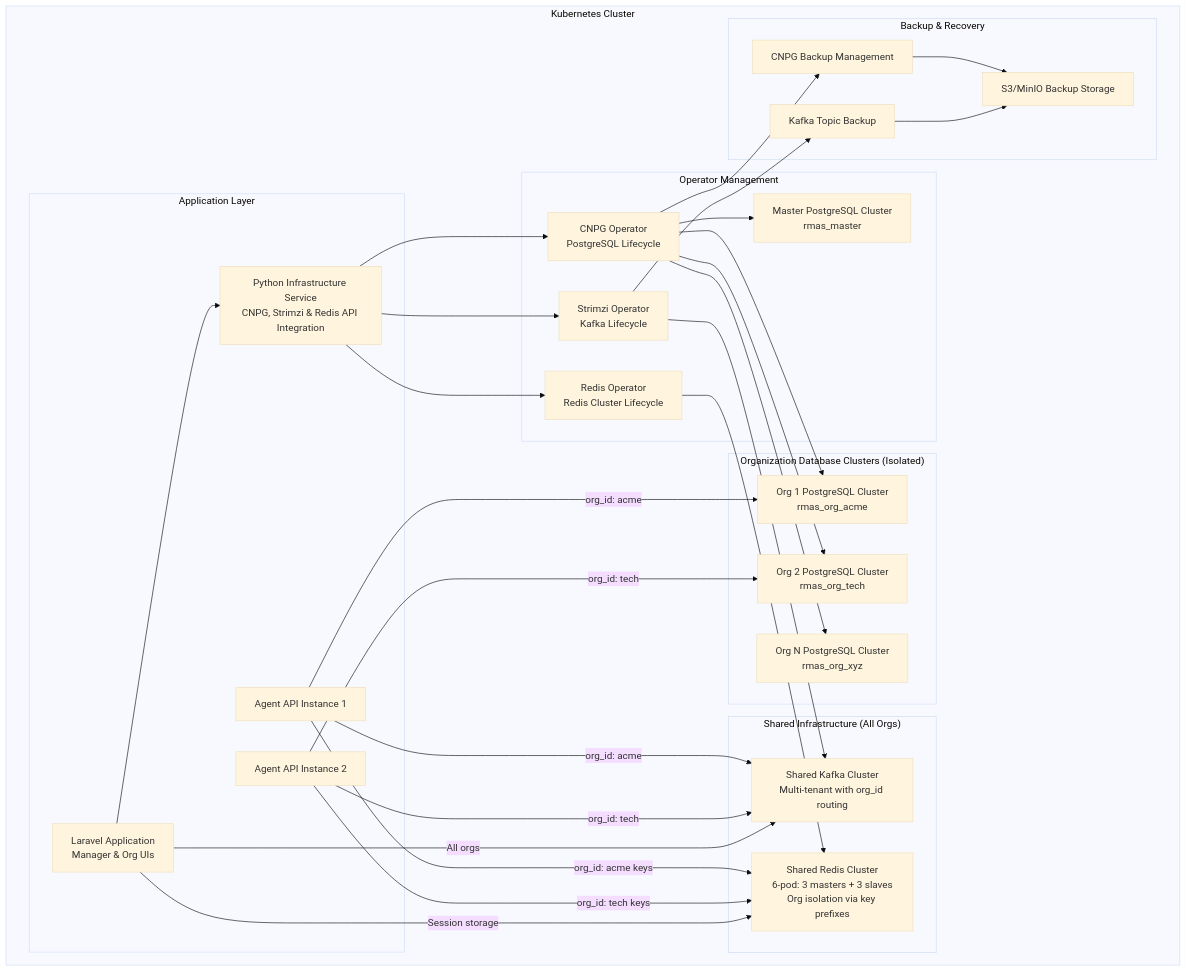
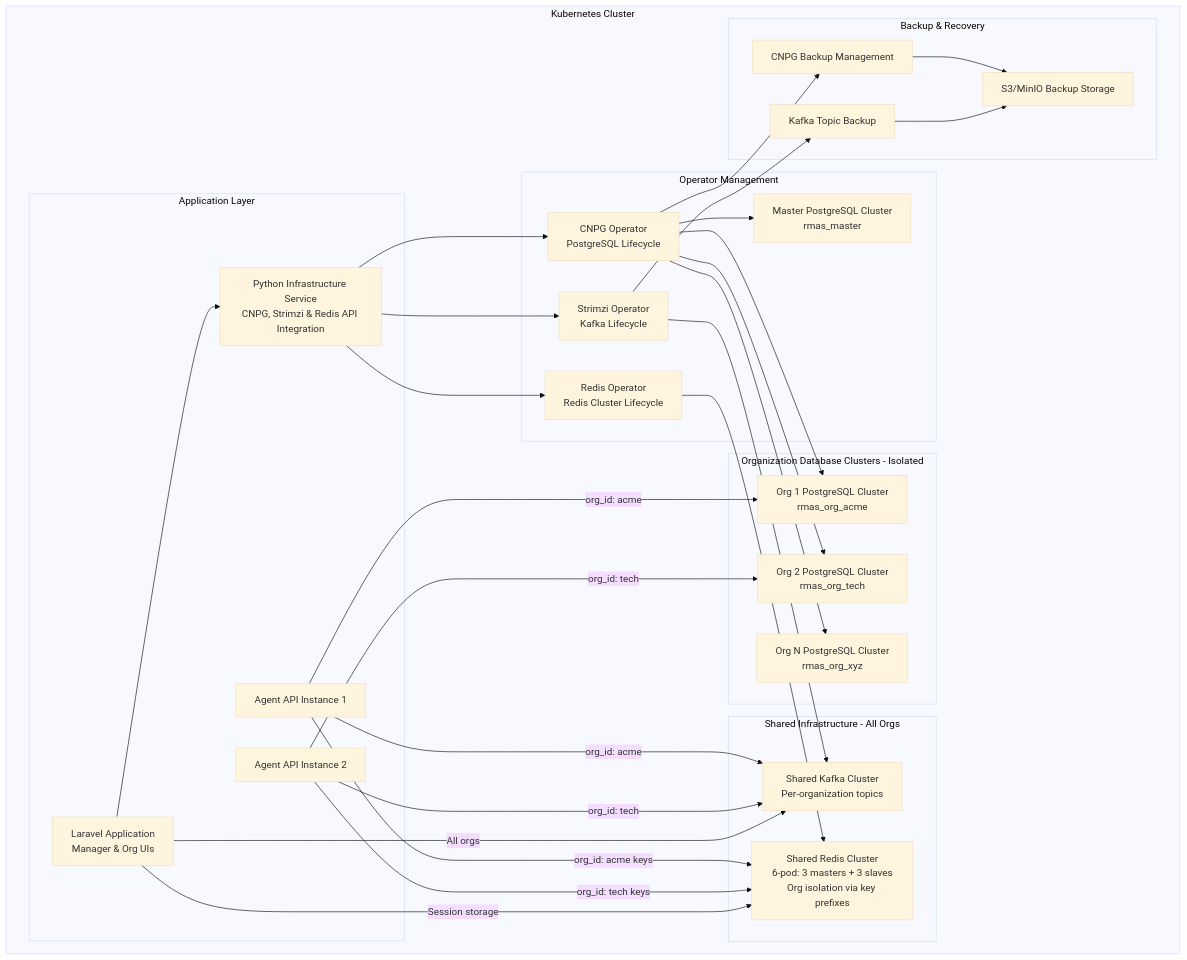
Before and after one commit to kustav123/radmin: the first of 4 diagrams in LLD/database/multi-tenancy.md, drawn with Mermaid (base theme). The commit also changed other lines of this file and 4 other files, not shown here.

````diff
--- a/LLD/database/multi-tenancy.md
+++ b/LLD/database/multi-tenancy.md
@@ -7,64 +7,64 @@
 ```mermaid
 graph TB
-    subgraph "Kubernetes Cluster"
-        subgraph "Application Layer"
-            LaravelApp[Laravel Application<br/>Manager & Org UIs]
-            PythonInfraService[Python Infrastructure Service<br/>CNPG, Strimzi & Redis API Integration]
-            AAPI1[Agent API Instance 1]
-            AAPI2[Agent API Instance 2]
+    subgraph Kubernetes["Kubernetes Cluster"]
+        subgraph Application["Application Layer"]
+            LaravelApp["Laravel Application<br/>Manager & Org UIs"]
+            PythonInfraService["Python Infrastructure Service<br/>CNPG, Strimzi & Redis API Integration"]
+            AAPI1["Agent API Instance 1"]
+            AAPI2["Agent API Instance 2"]
         end
         
-        subgraph "Operator Management"
-            CNPGOperator[CNPG Operator<br/>PostgreSQL Lifecycle]
-            StrimziOperator[Strimzi Operator<br/>Kafka Lifecycle]
-            RedisOperator[Redis Operator<br/>Redis Cluster Lifecycle]
-            MasterCluster[Master PostgreSQL Cluster<br/>rmas_master]
+        subgraph Operators["Operator Management"]
+            CNPGOperator["CNPG Operator<br/>PostgreSQL Lifecycle"]
+            StrimziOperator["Strimzi Operator<br/>Kafka Lifecycle"]
+            RedisOperator["Redis Operator<br/>Redis Cluster Lifecycle"]
+            MasterCluster["Master PostgreSQL Cluster<br/>rmas_master"]
         end
         
-        subgraph "Shared Infrastructure (All Orgs)"
-            KafkaCluster[Shared Kafka Cluster<br/>Multi-tenant with org_id routing]
-            RedisCluster[Shared Redis Cluster<br/>6-pod: 3 masters + 3 slaves<br/>Org isolation via key prefixes]
+        subgraph SharedInfra["Shared Infrastructure - All Orgs"]
+            KafkaCluster["Shared Kafka Cluster<br/>Per-organization topics"]
+            RedisCluster["Shared Redis Cluster<br/>6-pod: 3 masters + 3 slaves<br/>Org isolation via key prefixes"]
         end
         
-        subgraph "Organization Database Clusters (Isolated)"
-            OrgCluster1[Org 1 PostgreSQL Cluster<br/>rmas_org_acme]
-            OrgCluster2[Org 2 PostgreSQL Cluster<br/>rmas_org_tech]
-            OrgClusterN[Org N PostgreSQL Cluster<br/>rmas_org_xyz]
+        subgraph OrgClusters["Organization Database Clusters - Isolated"]
+            OrgCluster1["Org 1 PostgreSQL Cluster<br/>rmas_org_acme"]
+            OrgCluster2["Org 2 PostgreSQL Cluster<br/>rmas_org_tech"]
+            OrgClusterN["Org N PostgreSQL Cluster<br/>rmas_org_xyz"]
         end
         
-        subgraph "Backup & Recovery"
+        subgraph Backup["Backup & Recovery"]
             BackupStorage[S3/MinIO Backup Storage]
             CNPGBackup[CNPG Backup Management]
             KafkaBackup[Kafka Topic Backup]
         end
     end
     
     LaravelApp --> PythonInfraService
     PythonInfraService --> CNPGOperator
     PythonInfraService --> StrimziOperator
     PythonInfraService --> RedisOperator
     
     CNPGOperator --> MasterCluster
     CNPGOperator --> OrgCluster1
     CNPGOperator --> OrgCluster2
     CNPGOperator --> OrgClusterN
     
     StrimziOperator --> KafkaCluster
     RedisOperator --> RedisCluster
     
     AAPI1 -->|org_id: acme| OrgCluster1
     AAPI1 -->|org_id: acme| KafkaCluster
     AAPI1 -->|org_id: acme keys| RedisCluster
     
     AAPI2 -->|org_id: tech| OrgCluster2
     AAPI2 -->|org_id: tech| KafkaCluster
     AAPI2 -->|org_id: tech keys| RedisCluster
     
     LaravelApp -->|All orgs| KafkaCluster
     LaravelApp -->|Session storage| RedisCluster
     
     CNPGBackup --> BackupStorage
     KafkaBackup --> BackupStorage
     CNPGOperator --> CNPGBackup
     StrimziOperator --> KafkaBackup
 ```
````
